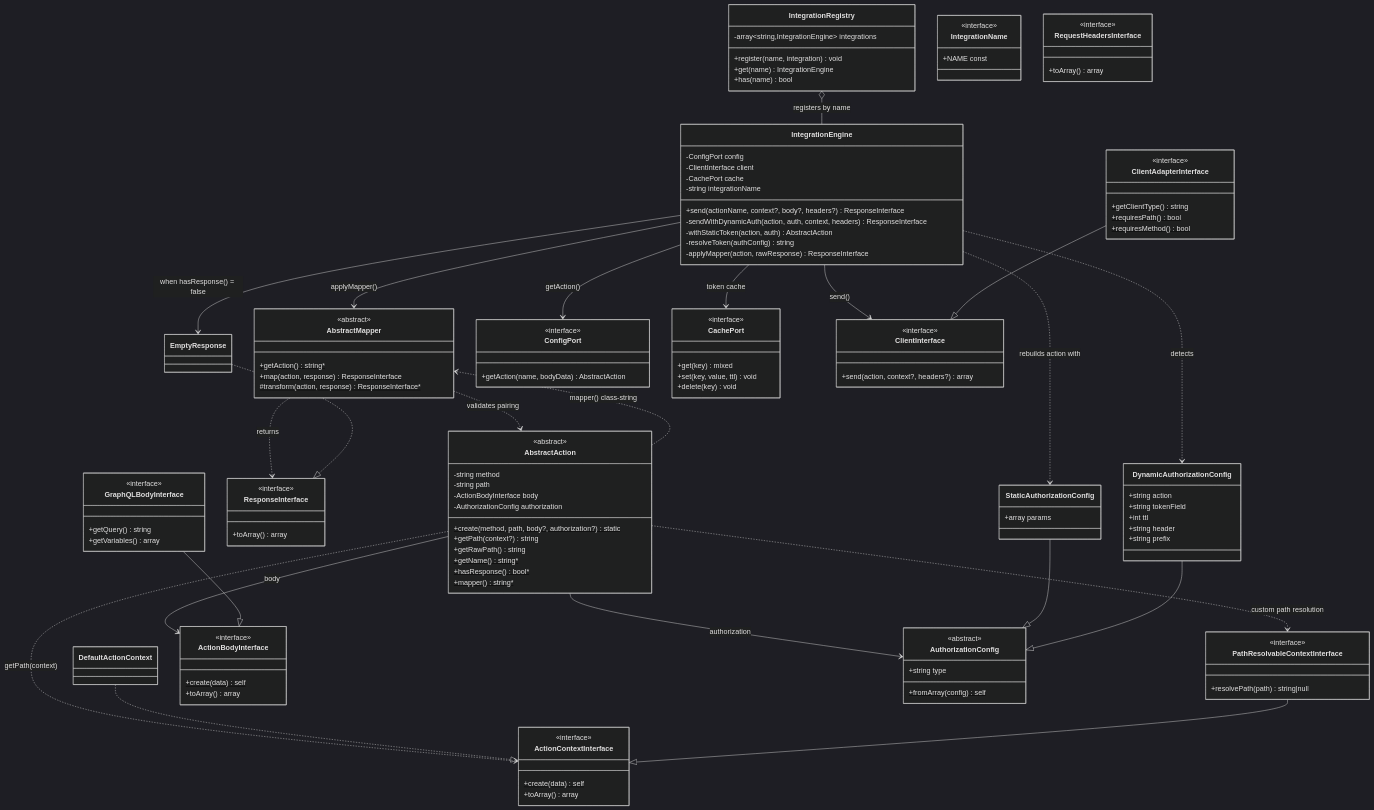
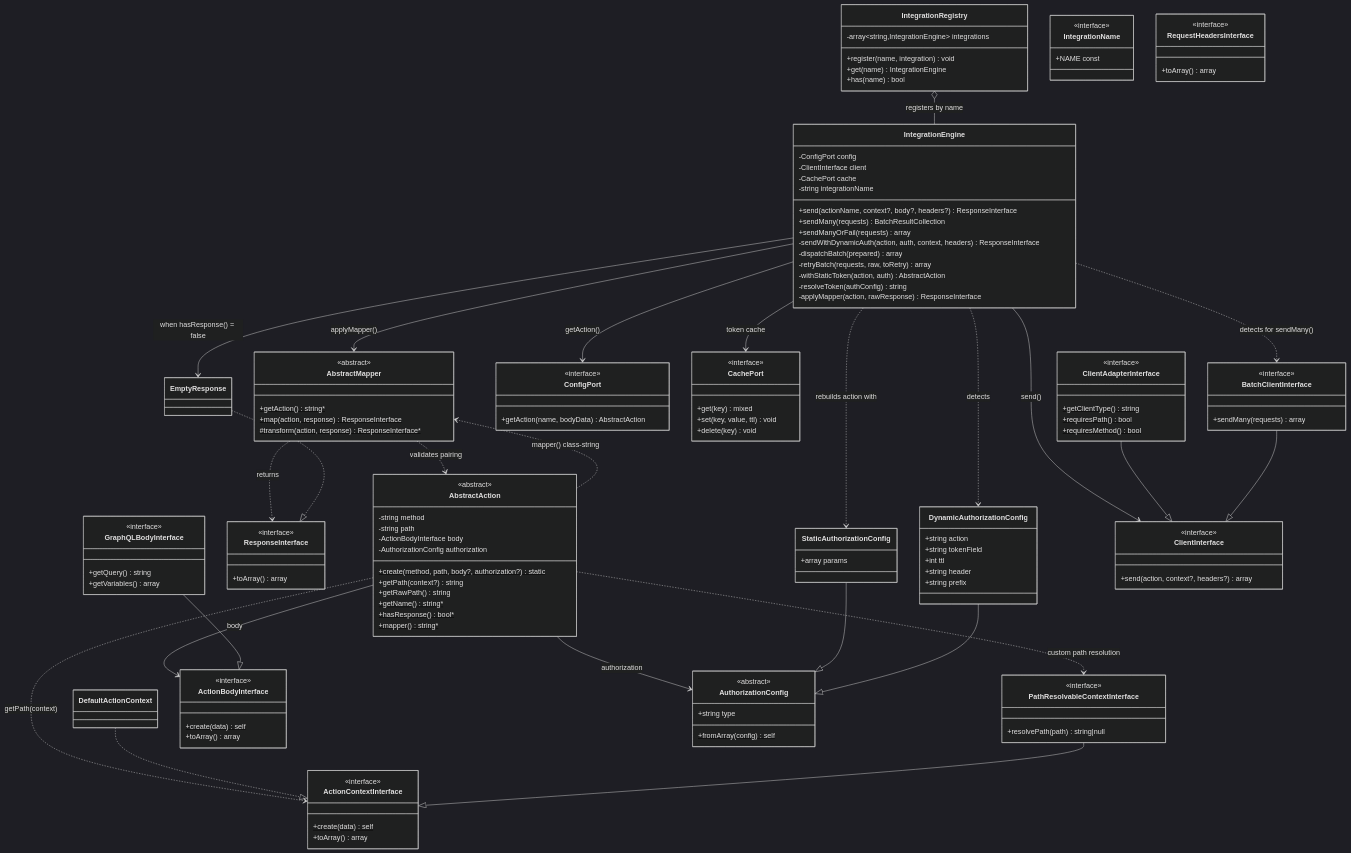
The first of 7 diagrams in docs/class-graph.md (CarlosGude/integrationEngine), drawn with Mermaid (dark theme) before and after one commit. The commit also changed other lines of this file and 44 other files, not shown here.

````diff
--- a/docs/class-graph.md
+++ b/docs/class-graph.md
@@ -15,7 +14,11 @@
         -CachePort cache
         -string integrationName
         +send(actionName, context?, body?, headers?) ResponseInterface
+        +sendMany(requests) BatchResultCollection
+        +sendManyOrFail(requests) array
         -sendWithDynamicAuth(action, auth, context, headers) ResponseInterface
+        -dispatchBatch(prepared) array
+        -retryBatch(requests, raw, toRetry) array
         -withStaticToken(action, auth) AbstractAction
         -resolveToken(authConfig) string
         -applyMapper(action, rawResponse) ResponseInterface
@@ -126,6 +129,11 @@
         +send(action, context?, headers?) array
     }
 
+    class BatchClientInterface {
+        <<interface>>
+        +sendMany(requests) array
+    }
+
     class ClientAdapterInterface {
         <<interface>>
         +getClientType()$ string
@@ -141,6 +149,7 @@
     IntegrationEngine --> EmptyResponse : when hasResponse() = false
     IntegrationEngine ..> DynamicAuthorizationConfig : detects
     IntegrationEngine ..> StaticAuthorizationConfig : rebuilds action with
+    IntegrationEngine ..> BatchClientInterface : detects for sendMany()
 
     AbstractAction --> AuthorizationConfig : authorization
     AbstractAction --> ActionBodyInterface : body
@@ -158,4 +167,5 @@
     StaticAuthorizationConfig --|> AuthorizationConfig
     DynamicAuthorizationConfig --|> AuthorizationConfig
     ClientAdapterInterface --|> ClientInterface
+    BatchClientInterface --|> ClientInterface
 ```
````
